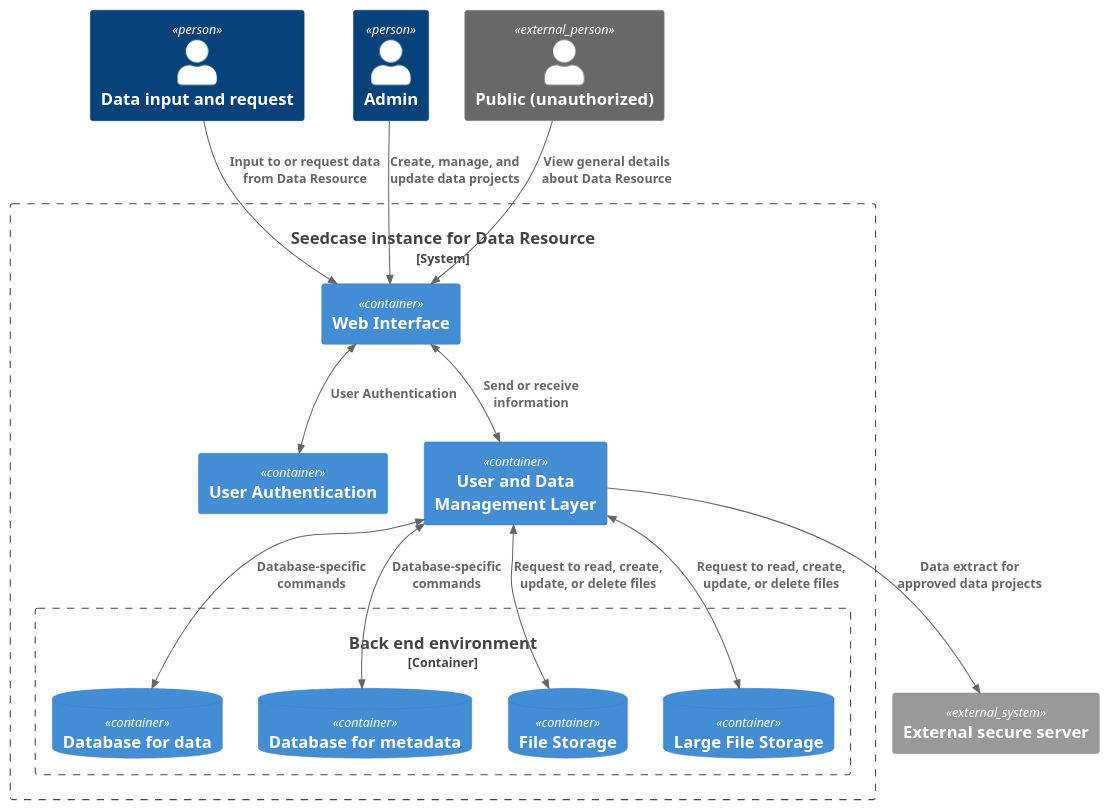
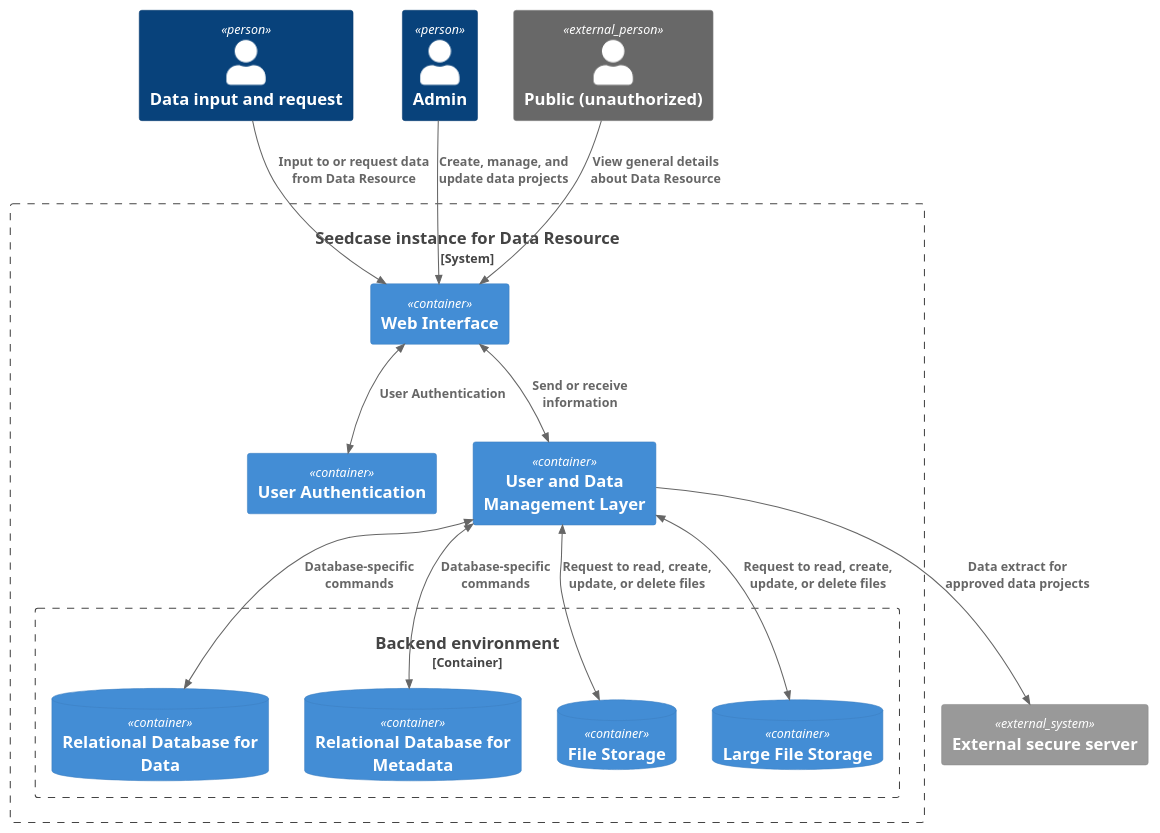
One commit to seedcase-project/seedcase-website changed the diagram in design/images/container.puml. Above: the diagram before and after it, drawn with PlantUML. The commit also changed 10 other files, not shown here.

```diff
--- a/design/images/container.puml
+++ b/design/images/container.puml
@@ -1,34 +1,34 @@
 @startuml 
 ' Container diagram showing overview of Seedcase
 !include https://raw.githubusercontent.com/plantuml-stdlib/C4-PlantUML/master/C4_Container.puml
 
 Person(user_request_input, "Data input and request")
 Person(user_admin, "Admin")
 Person_Ext(user_public, "Public (unauthorized)")
 
 System_Boundary(seedcase, "Seedcase instance for Data Resource") {
   Container(web_framework, "Web Interface")
   Container(id_authentication, "User Authentication")
   Container(management, "User and Data Management Layer")
 
-  Container_Boundary(backend, "Back end environment") {
-    ContainerDb(backend_database_data, "Database for data")
-    ContainerDb(backend_database_metadata, "Database for metadata")
+  Container_Boundary(backend, "Backend environment") {
+    ContainerDb(backend_database_data, "Relational Database for Data")
+    ContainerDb(backend_database_metadata, "Relational Database for Metadata")
     ContainerDb(backend_file_storage, "File Storage")
     ContainerDb(backend_large_file_storage, "Large File Storage")
   }
 }
 System_Ext(external_server, "External secure server")
 
 Rel(user_public, web_framework, "View general details about Data Resource")
 Rel(user_request_input, web_framework, "Input to or request data from Data Resource")
 Rel(user_admin, web_framework, "Create, manage, and update data projects")
 BiRel(web_framework, id_authentication, "User Authentication")
 BiRel(web_framework, management, "Send or receive information")
 BiRel(management, backend_database_data, "Database-specific commands")
 BiRel(management, backend_database_metadata, "Database-specific commands")
 BiRel(management, backend_file_storage, "Request to read, create, update, or delete files")
 BiRel(management, backend_large_file_storage, "Request to read, create, update, or delete files")
 Rel(management, external_server, "Data extract for approved data projects")
 
 @enduml
```
